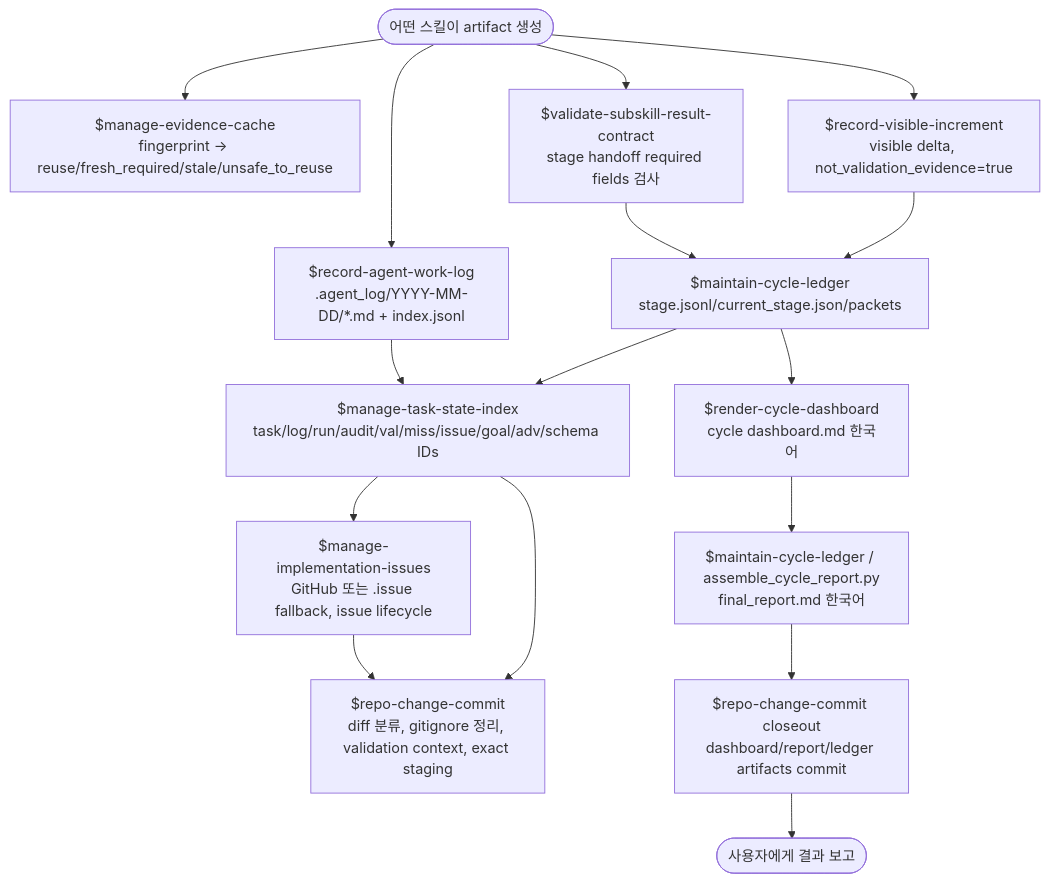
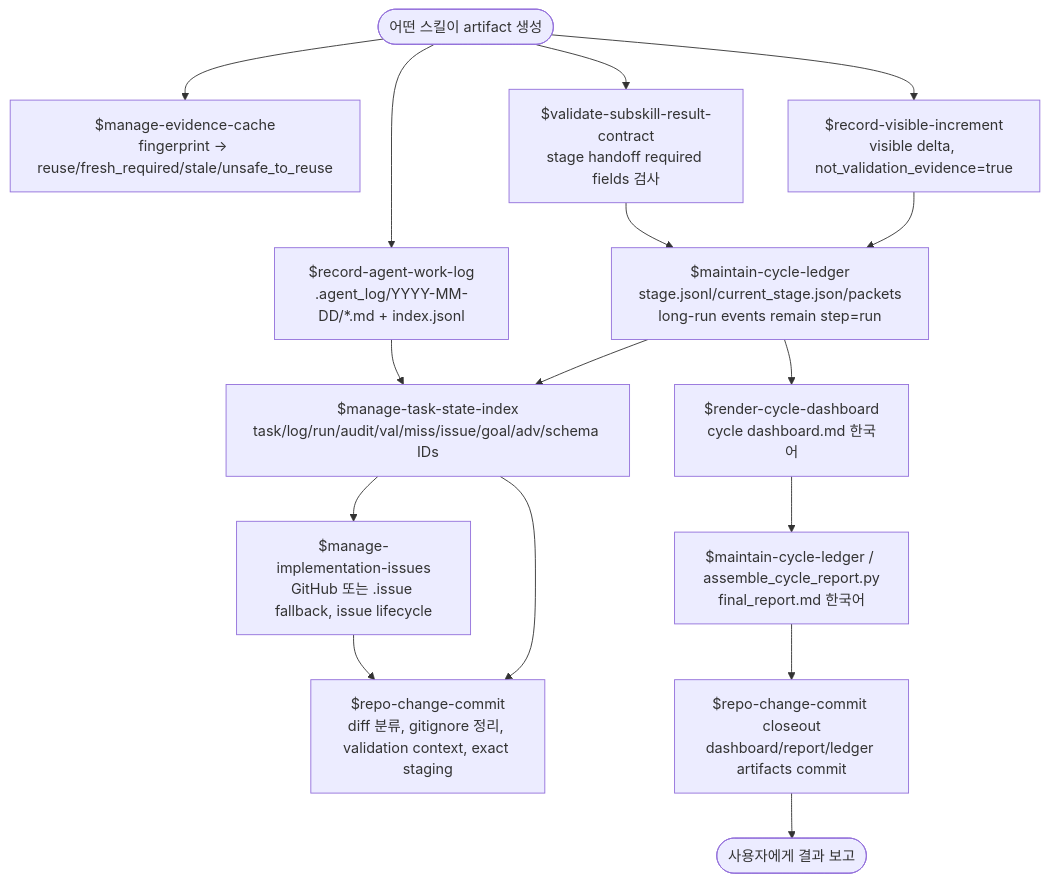
Before and after one commit to sw1029/workflow_swfool: the fifth of 7 diagrams in README.md, drawn with Mermaid. The commit also changed other lines of this file, not shown here.

````diff
--- a/README.md
+++ b/README.md
@@ -229,27 +238,27 @@
 ```mermaid
 flowchart TD
   Evidence([어떤 스킬이 artifact 생성])
   Cache["$manage-evidence-cache<br/>fingerprint -> reuse/fresh_required/stale/unsafe_to_reuse"]
   Log["$record-agent-work-log<br/>.agent_log/YYYY-MM-DD/*.md + index.jsonl"]
-  Ledger["$maintain-cycle-ledger<br/>stage.jsonl/current_stage.json/packets"]
+  Ledger["$maintain-cycle-ledger<br/>stage.jsonl/current_stage.json/packets<br/>long-run events remain step=run"]
   Contract["$validate-subskill-result-contract<br/>stage handoff required fields 검사"]
   Index["$manage-task-state-index<br/>task/log/run/audit/val/miss/issue/goal/adv/schema IDs"]
   Visible["$record-visible-increment<br/>visible delta, not_validation_evidence=true"]
   Issue["$manage-implementation-issues<br/>GitHub 또는 .issue fallback, issue lifecycle"]
   Commit["$repo-change-commit<br/>diff 분류, gitignore 정리, validation context, exact staging"]
   Dashboard["$render-cycle-dashboard<br/>cycle dashboard.md 한국어"]
   Report["$maintain-cycle-ledger / assemble_cycle_report.py<br/>final_report.md 한국어"]
   Closeout["$repo-change-commit closeout<br/>dashboard/report/ledger artifacts commit"]
   User([사용자에게 결과 보고])
 
   Evidence --> Cache
   Evidence --> Log
   Evidence --> Contract --> Ledger
   Log --> Index
   Ledger --> Index
   Evidence --> Visible --> Ledger
   Index --> Issue
   Issue --> Commit
   Index --> Commit
   Ledger --> Dashboard --> Report --> Closeout --> User
 ```
````
